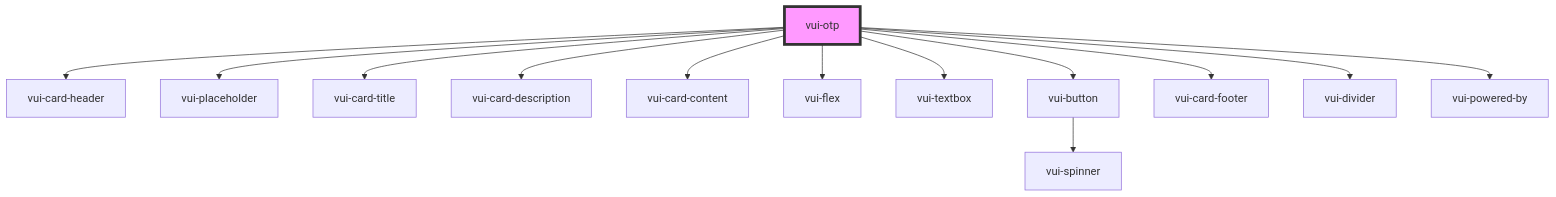
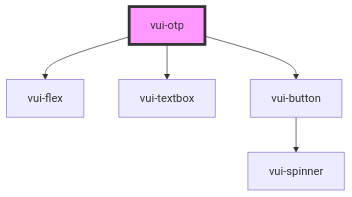
The diagram in packages/stencil-library/src/components/otp/readme.md (verite-team/verite-elements), drawn with Mermaid before and after one commit. The commit also changed other lines of this file and 29 other files, not shown here.

````diff
--- a/packages/stencil-library/src/components/otp/readme.md
+++ b/packages/stencil-library/src/components/otp/readme.md
@@ -47,16 +29,8 @@
 ```mermaid
 graph TD;
-  vui-otp --> vui-card-header
-  vui-otp --> vui-placeholder
-  vui-otp --> vui-card-title
-  vui-otp --> vui-card-description
-  vui-otp --> vui-card-content
   vui-otp --> vui-flex
   vui-otp --> vui-textbox
   vui-otp --> vui-button
-  vui-otp --> vui-card-footer
-  vui-otp --> vui-divider
-  vui-otp --> vui-powered-by
   vui-button --> vui-spinner
   style vui-otp fill:#f9f,stroke:#333,stroke-width:4px
 ```
````
